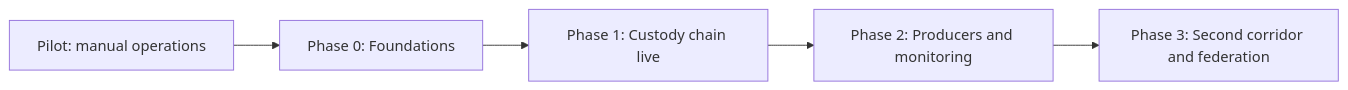
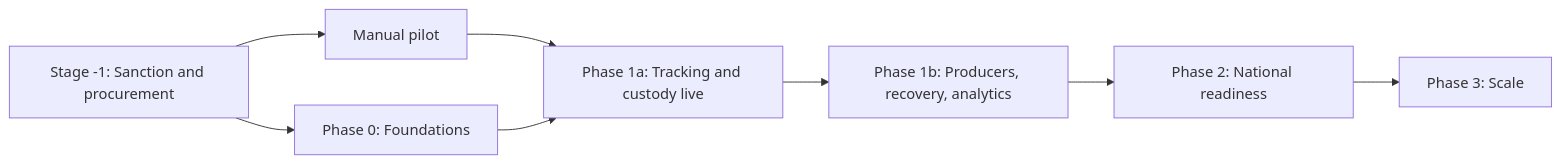
One commit to bharani-01/Yesist changed the diagram in docs/prd/13-roadmap.md. Above: the diagram before and after it, drawn with Mermaid. The commit also changed other lines of this file and 19 other files, not shown here.

````diff
--- a/docs/prd/13-roadmap.md
+++ b/docs/prd/13-roadmap.md
@@ -11,7 +11,10 @@
 ```mermaid
 flowchart LR
-  pilot[Pilot: manual operations] --> p0[Phase 0: Foundations]
-  p0 --> p1[Phase 1: Custody chain live]
-  p1 --> p2[Phase 2: Producers and monitoring]
-  p2 --> p3[Phase 3: Second corridor and federation]
+  s0[Stage -1: Sanction and procurement] --> pilot[Manual pilot]
+  s0 --> p0[Phase 0: Foundations]
+  pilot --> p1a[Phase 1a: Tracking and custody live]
+  p0 --> p1a
+  p1a --> p1b[Phase 1b: Producers, recovery, analytics]
+  p1b --> p2[Phase 2: National readiness]
+  p2 --> p3[Phase 3: Scale]
 ```
````
